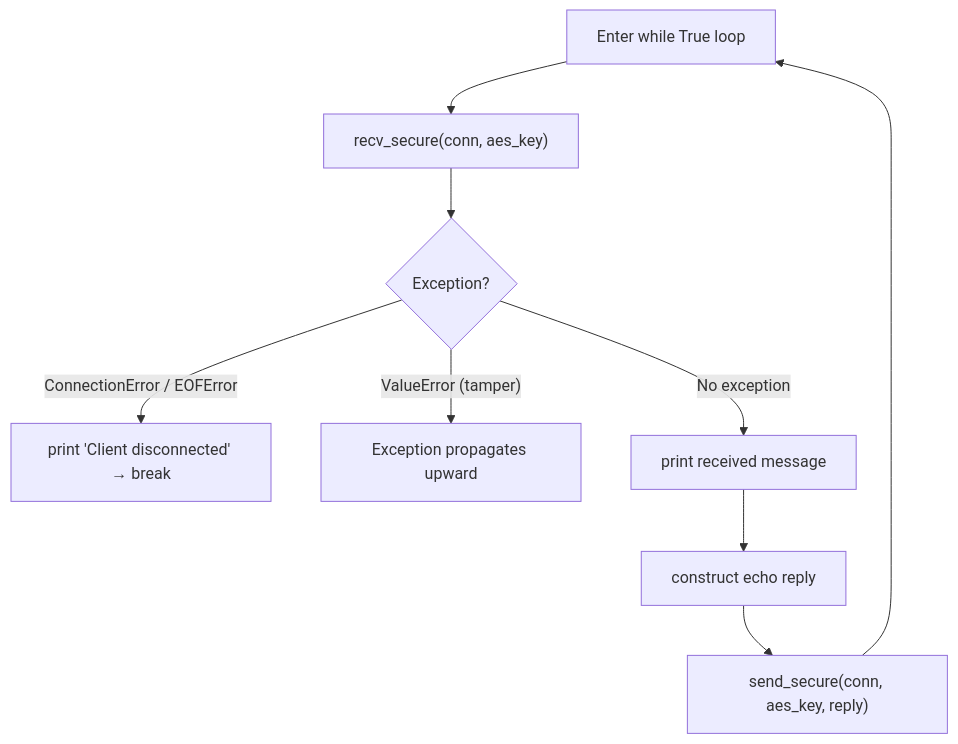
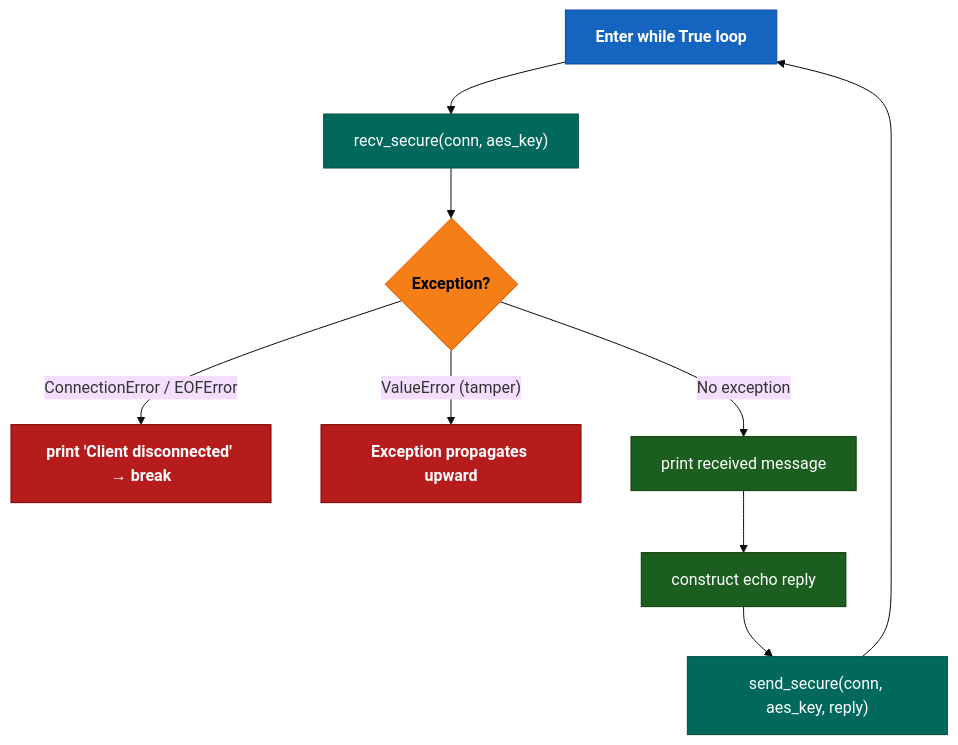
Before and after one commit to HeshamAfandi/Secure-Communication-System: diagram 13 of 14 in PROJECT_DOCUMENTATION.md, drawn with Mermaid. The commit also changed other lines of this file, not shown here.

Commit message:
made the diagrams colored

````diff
--- a/PROJECT_DOCUMENTATION.md
+++ b/PROJECT_DOCUMENTATION.md
@@ -903,11 +981,18 @@
 ```mermaid
+%%{init: {'theme': 'base'}}%%
 flowchart TD
-    L["Enter while True loop"] --> R["recv_secure(conn, aes_key)"]
-    R --> D{Exception?}
-    D -->|"ConnectionError / EOFError"| E["print 'Client disconnected' → break"]
-    D -->|"ValueError (tamper)"| F["Exception propagates upward"]
-    D -->|"No exception"| G["print received message"]
-    G --> H["construct echo reply"]
-    H --> I["send_secure(conn, aes_key, reply)"]
+    classDef loop     fill:#1565C0,stroke:#0D47A1,color:#FFFFFF,font-weight:bold
+    classDef process  fill:#00695C,stroke:#004D40,color:#FFFFFF
+    classDef decision fill:#F57F17,stroke:#E65100,color:#000000,font-weight:bold
+    classDef error    fill:#B71C1C,stroke:#7F0000,color:#FFFFFF,font-weight:bold
+    classDef normal   fill:#1B5E20,stroke:#0D3B00,color:#FFFFFF
+
+    L["Enter while True loop"]:::loop --> R["recv_secure(conn, aes_key)"]:::process
+    R --> D{Exception?}:::decision
+    D -->|"ConnectionError / EOFError"| E["print 'Client disconnected' → break"]:::error
+    D -->|"ValueError (tamper)"| F["Exception propagates upward"]:::error
+    D -->|"No exception"| G["print received message"]:::normal
+    G --> H["construct echo reply"]:::normal
+    H --> I["send_secure(conn, aes_key, reply)"]:::process
     I --> L
 ```
````
